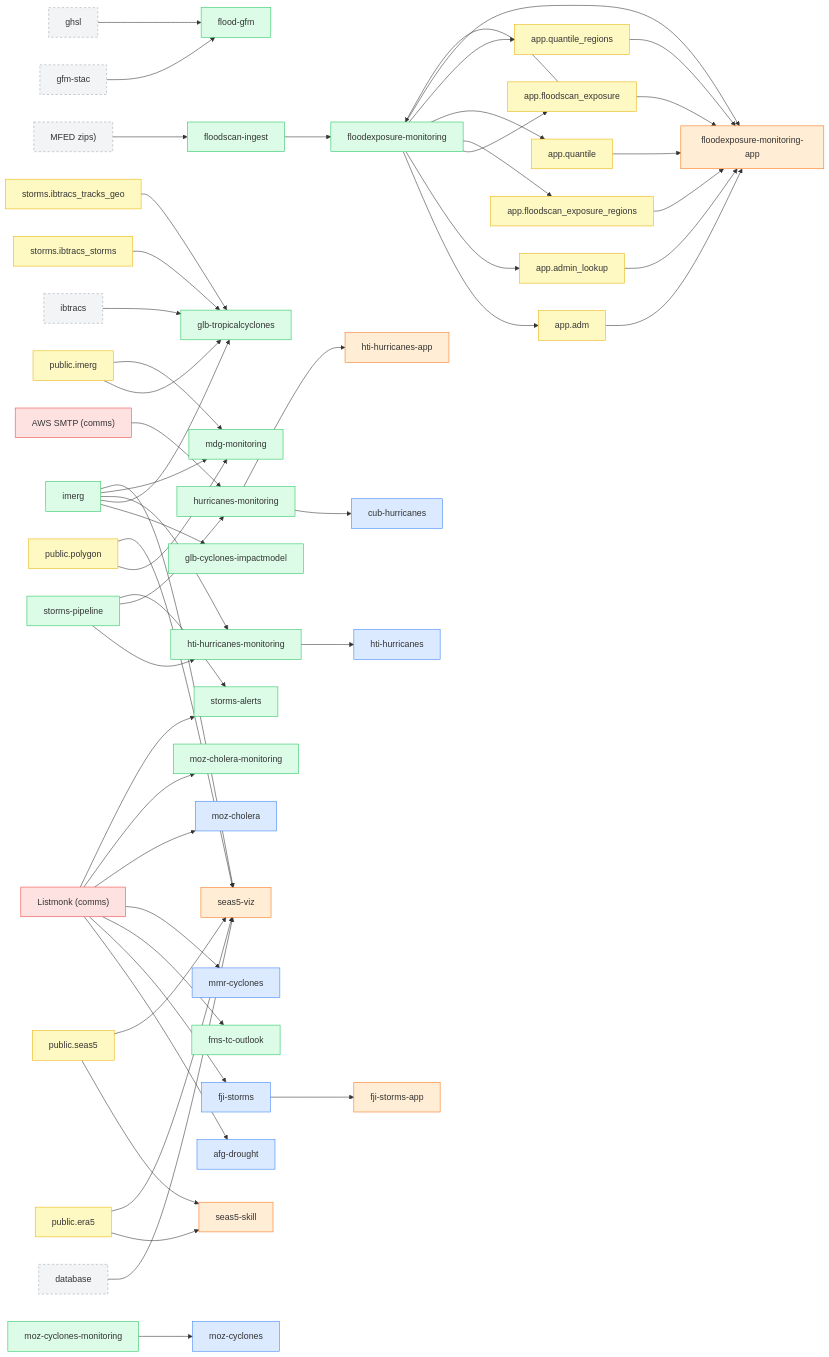
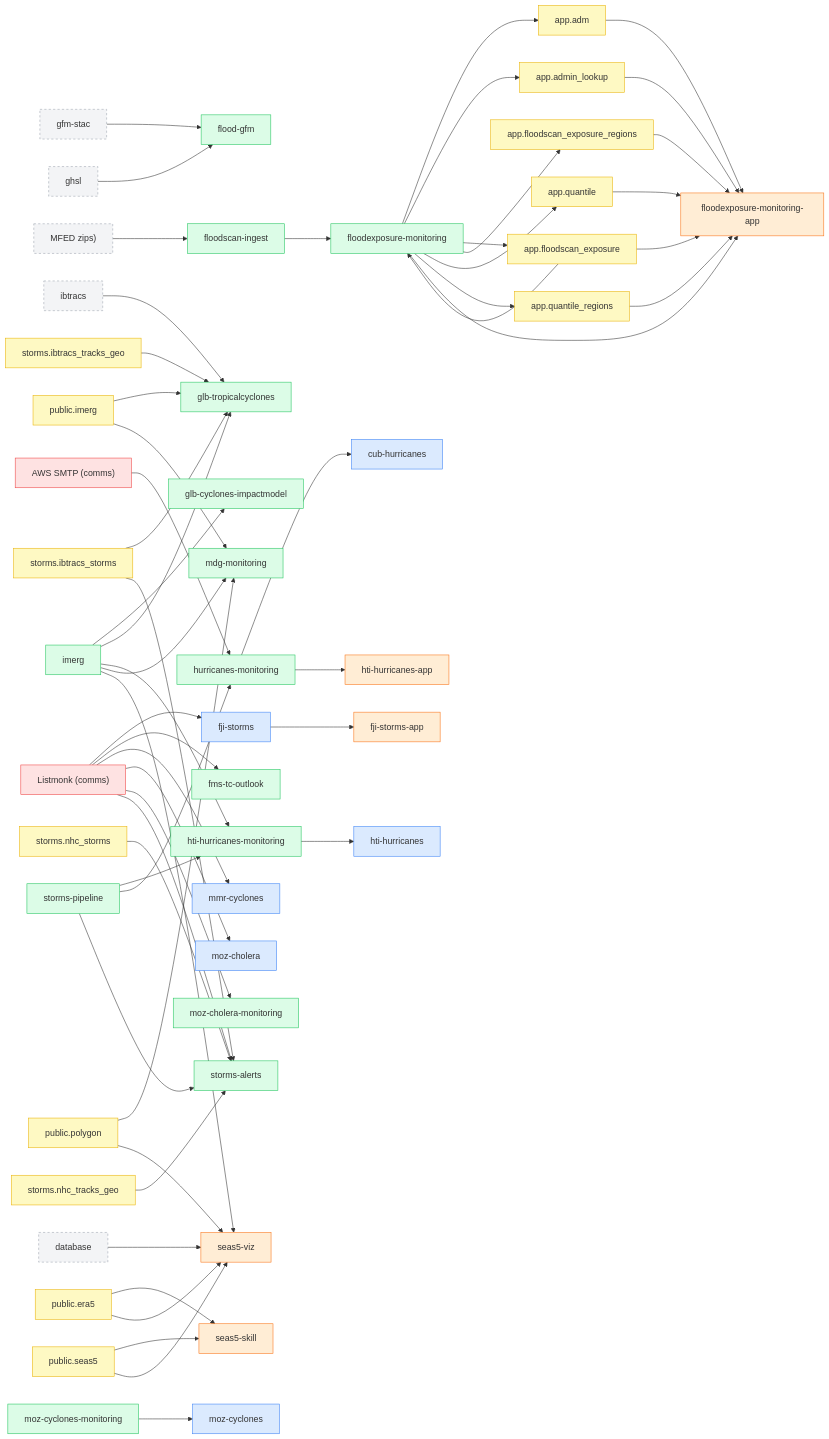
The diagram in infrastructure/dependency-graph.md (OCHA-DAP/ds-knowledge-base), drawn with Mermaid before and after one commit. The commit also changed other lines of this file and 12 other files, not shown here.

First line of the commit message:
ingest: re-ingest 4 drifted pages + storms-alerts; enrich nga-flooding

````diff
--- a/infrastructure/dependency-graph.md
+++ b/infrastructure/dependency-graph.md
@@ -61,6 +63,8 @@
   n_public_seas5["public.seas5"]
   n_storms_ibtracs_storms["storms.ibtracs_storms"]
   n_storms_ibtracs_tracks_geo["storms.ibtracs_tracks_geo"]
+  n_storms_nhc_storms["storms.nhc_storms"]
+  n_storms_nhc_tracks_geo["storms.nhc_tracks_geo"]
   n_flood_gfm["flood-gfm"]
   n_floodexposure_monitoring["floodexposure-monitoring"]
   n_floodscan_ingest["floodscan-ingest"]
@@ -80,14 +84,12 @@
   n_hti_hurricanes_app["hti-hurricanes-app"]
   n_seas5_skill["seas5-skill"]
   n_seas5_viz["seas5-viz"]
-  n_afg_drought["afg-drought"]
   n_cub_hurricanes["cub-hurricanes"]
   n_fji_storms["fji-storms"]
   n_hti_hurricanes["hti-hurricanes"]
   n_mmr_cyclones["mmr-cyclones"]
   n_moz_cholera["moz-cholera"]
   n_moz_cyclones["moz-cyclones"]
-  n_listmonk --> n_afg_drought
   n_floodexposure_monitoring --> n_app_adm
   n_floodexposure_monitoring --> n_app_admin_lookup
   n_floodexposure_monitoring --> n_app_floodscan_exposure
@@ -138,6 +140,9 @@
   n_public_seas5 --> n_seas5_viz
   n_listmonk --> n_storms_alerts
   n_storms_pipeline --> n_storms_alerts
+  n_storms_ibtracs_storms --> n_storms_alerts
+  n_storms_nhc_storms --> n_storms_alerts
+  n_storms_nhc_tracks_geo --> n_storms_alerts
   classDef framework fill:#dbeafe,stroke:#3b82f6;
   classDef pipeline fill:#dcfce7,stroke:#22c55e;
   classDef app fill:#ffedd5,stroke:#f97316;
@@ -145,10 +150,10 @@
   classDef analysis fill:#ede9fe,stroke:#8b5cf6;
   classDef table fill:#fef9c3,stroke:#eab308;
   classDef external fill:#f3f4f6,stroke:#9ca3af,stroke-dasharray:4;
-  class n_mmr_cyclones,n_afg_drought,n_hti_hurricanes,n_moz_cyclones,n_moz_cholera,n_fji_storms,n_cub_hurricanes framework;
-  class n_storms_pipeline,n_glb_cyclones_impactmodel,n_moz_cyclones_monitoring,n_glb_tropicalcyclones,n_floodexposure_monitoring,n_storms_alerts,n_hurricanes_monitoring,n_imerg,n_floodscan_ingest,n_moz_cholera_monitoring,n_hti_hurricanes_monitoring,n_fms_tc_outlook,n_mdg_monitoring,n_flood_gfm pipeline;
-  class n_fji_storms_app,n_seas5_skill,n_floodexposure_monitoring_app,n_hti_hurricanes_app,n_seas5_viz app;
-  class n_app_floodscan_exposure,n_public_seas5,n_app_quantile_regions,n_public_imerg,n_public_era5,n_app_adm,n_storms_ibtracs_tracks_geo,n_storms_ibtracs_storms,n_app_floodscan_exposure_regions,n_public_polygon,n_app_admin_lookup,n_app_quantile table;
-  class n_listmonk,n_aws_smtp infra;
-  class n_ibtracs,n_database,n_gfm_stac,n_ghsl,n_mfed_zips_ external;
+  class n_moz_cholera,n_moz_cyclones,n_cub_hurricanes,n_mmr_cyclones,n_hti_hurricanes,n_fji_storms framework;
+  class n_fms_tc_outlook,n_mdg_monitoring,n_floodscan_ingest,n_storms_pipeline,n_storms_alerts,n_flood_gfm,n_moz_cholera_monitoring,n_moz_cyclones_monitoring,n_hti_hurricanes_monitoring,n_glb_cyclones_impactmodel,n_hurricanes_monitoring,n_imerg,n_floodexposure_monitoring,n_glb_tropicalcyclones pipeline;
+  class n_hti_hurricanes_app,n_floodexposure_monitoring_app,n_seas5_viz,n_fji_storms_app,n_seas5_skill app;
+  class n_public_imerg,n_app_floodscan_exposure_regions,n_storms_nhc_tracks_geo,n_storms_ibtracs_storms,n_app_admin_lookup,n_app_quantile,n_app_adm,n_app_quantile_regions,n_public_era5,n_app_floodscan_exposure,n_storms_nhc_storms,n_storms_ibtracs_tracks_geo,n_public_polygon,n_public_seas5 table;
+  class n_aws_smtp,n_listmonk infra;
+  class n_mfed_zips_,n_ibtracs,n_database,n_ghsl,n_gfm_stac external;
 ```
````
